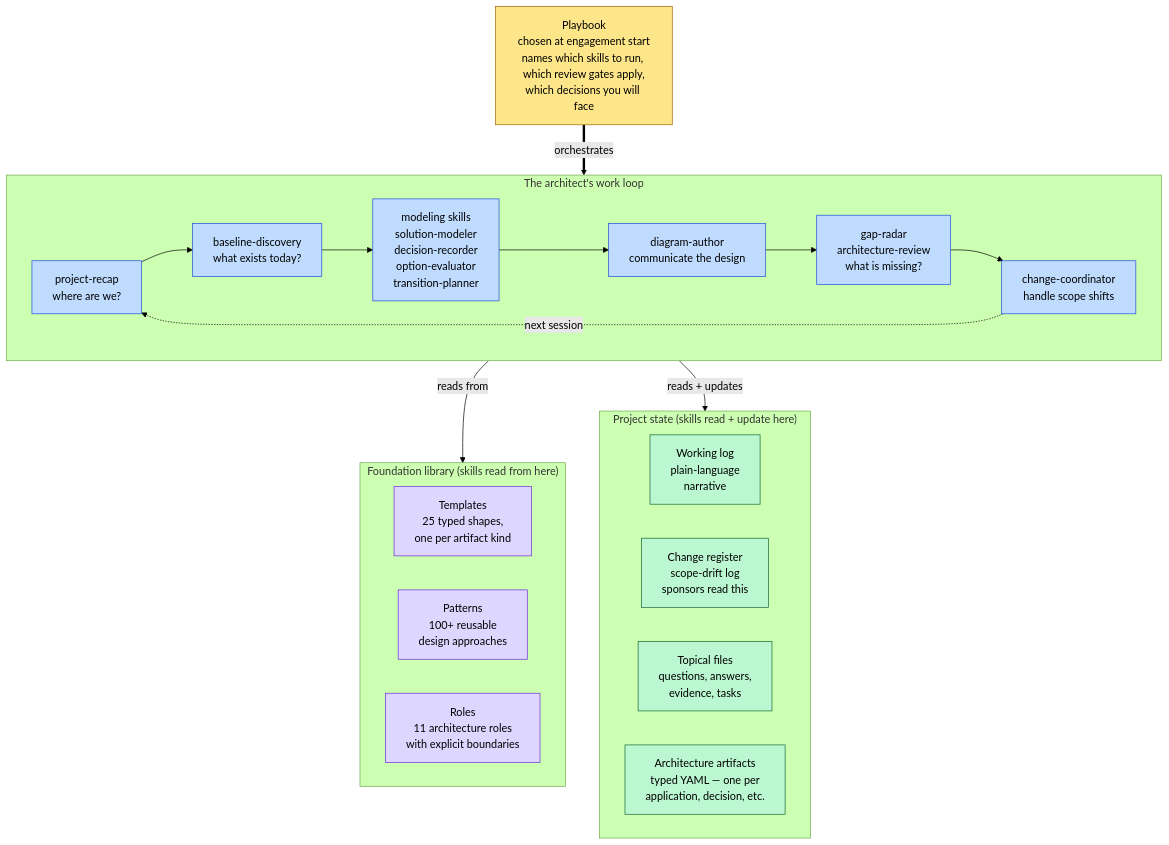
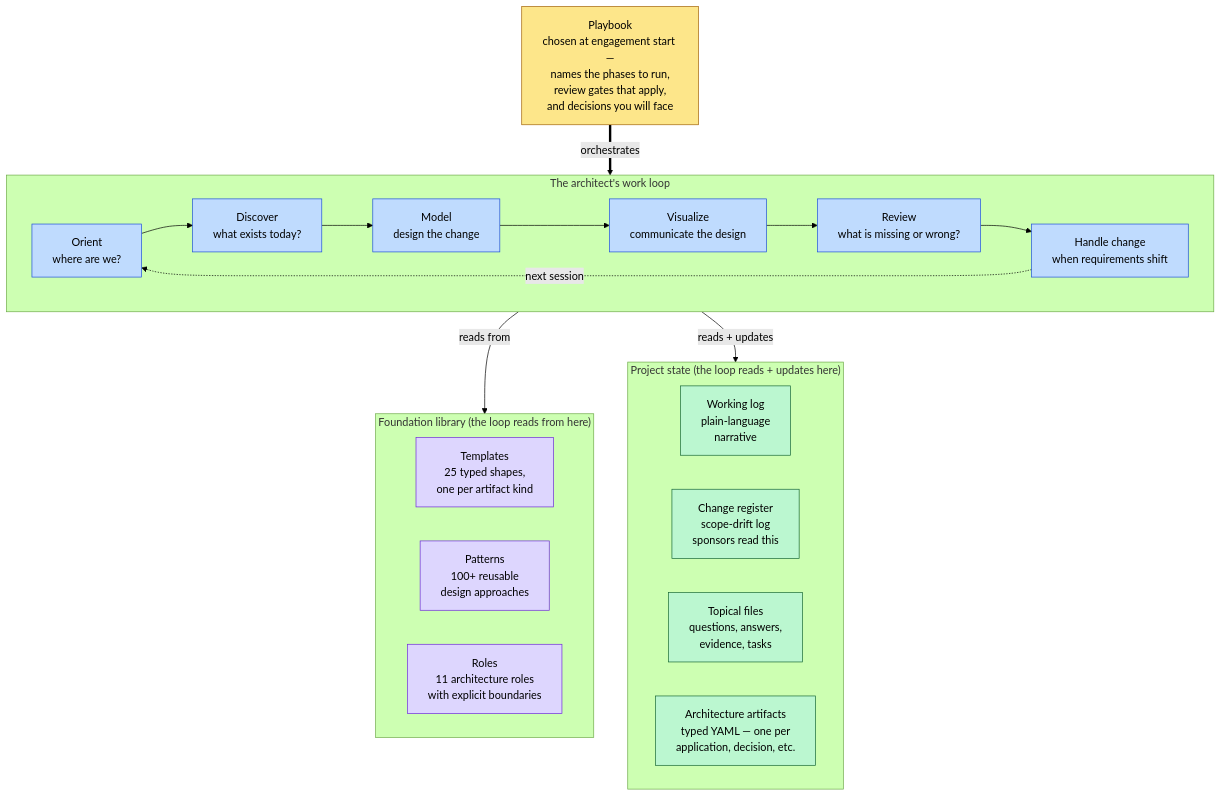
Before and after one commit to openarchitect-ai/open-architect: the diagram in README.md, drawn with Mermaid (forest theme). The commit also changed other lines of this file, not shown here.

````diff
--- a/README.md
+++ b/README.md
@@ -31,44 +31,44 @@
 ```mermaid
 graph TB
-    PB[Playbook<br/>chosen at engagement start<br/>names which skills to run, which review gates apply,<br/>which decisions you will face]
+    PB[Playbook<br/>chosen at engagement start —<br/>names the phases to run,<br/>review gates that apply,<br/>and decisions you will face]
 
     subgraph LOOP["The architect's work loop"]
         direction LR
-        R[project-recap<br/>where are we?]
-        D[baseline-discovery<br/>what exists today?]
-        M[modeling skills<br/>solution-modeler<br/>decision-recorder<br/>option-evaluator<br/>transition-planner]
-        VIZ[diagram-author<br/>communicate the design]
-        G[gap-radar<br/>architecture-review<br/>what is missing?]
-        C[change-coordinator<br/>handle scope shifts]
+        R[Orient<br/>where are we?]
+        D[Discover<br/>what exists today?]
+        M[Model<br/>design the change]
+        VIZ[Visualize<br/>communicate the design]
+        G[Review<br/>what is missing or wrong?]
+        C[Handle change<br/>when requirements shift]
         R --> D --> M --> VIZ --> G --> C
         C -. next session .-> R
     end
 
-    subgraph LIB["Foundation library (skills read from here)"]
+    subgraph LIB["Foundation library (the loop reads from here)"]
         direction LR
         T[Templates<br/>25 typed shapes,<br/>one per artifact kind]
         P[Patterns<br/>100+ reusable<br/>design approaches]
         RL[Roles<br/>11 architecture roles<br/>with explicit boundaries]
     end
 
-    subgraph PS["Project state (skills read + update here)"]
+    subgraph PS["Project state (the loop reads + updates here)"]
         direction LR
         WL[Working log<br/>plain-language<br/>narrative]
         CR[Change register<br/>scope-drift log<br/>sponsors read this]
         AW[Topical files<br/>questions, answers,<br/>evidence, tasks]
         ART[Architecture artifacts<br/>typed YAML — one per<br/>application, decision, etc.]
     end
 
     PB ==>|orchestrates| LOOP
     LOOP -->|reads from| LIB
     LOOP -->|reads + updates| PS
 
     classDef play fill:#fde68a,stroke:#a16207,color:#000
     classDef loop fill:#bfdbfe,stroke:#1d4ed8,color:#000
     classDef lib fill:#ddd6fe,stroke:#6d28d9,color:#000
     classDef state fill:#bbf7d0,stroke:#166534,color:#000
     class PB play
     class R,D,M,VIZ,G,C loop
     class T,P,RL lib
     class WL,CR,AW,ART state
 ```
````
